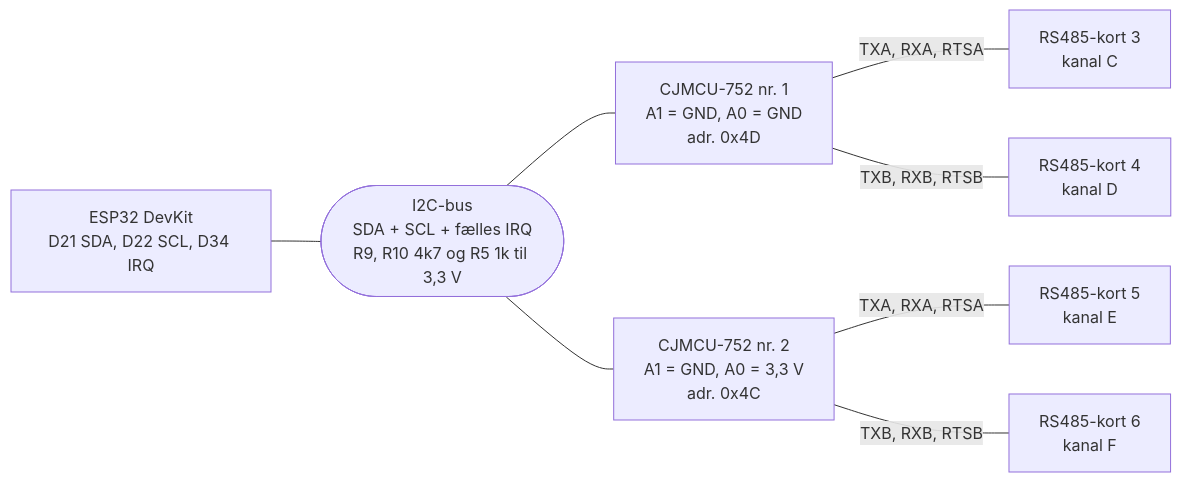
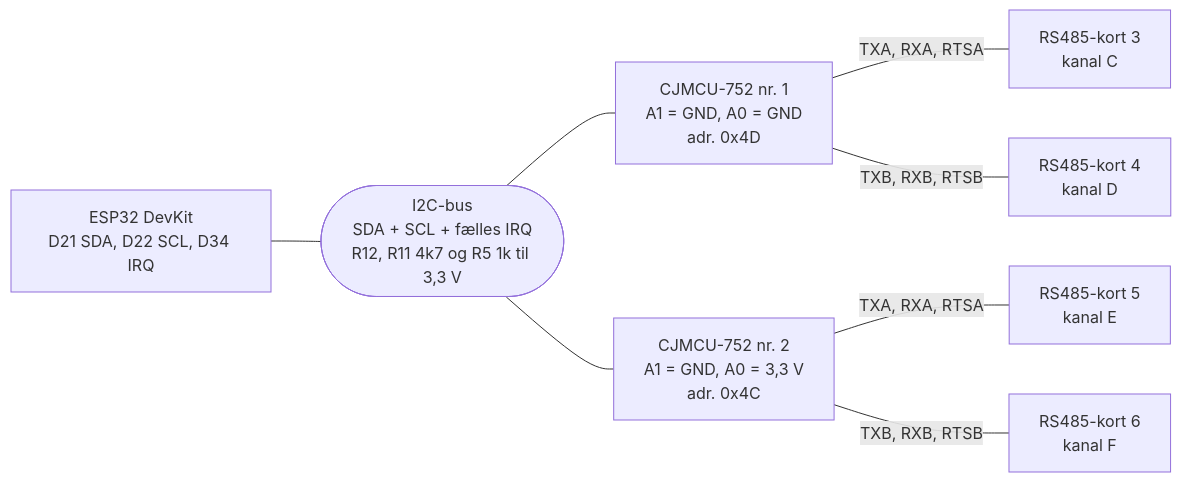
The diagram in docs/ESP32_FLERE_CJMCU752_KOBLING.md (Jangreenlarsen/HypervisionPLC-Extension-board), drawn with Mermaid before and after one commit. The commit also changed other lines of this file and 5 other files, not shown here.

Commit message:
docs: variant 3 (6 kanaler, to CJMCU-752) i hoved-kablingsdiagrammet, R11/R12 og krydslinks

````diff
--- a/docs/ESP32_FLERE_CJMCU752_KOBLING.md
+++ b/docs/ESP32_FLERE_CJMCU752_KOBLING.md
@@ -5,19 +5,19 @@
 ```mermaid
 flowchart LR
     ESP["ESP32 DevKit<br/>D21 SDA, D22 SCL, D34 IRQ"]
-    BUS(["I2C-bus<br/>SDA + SCL + fælles IRQ<br/>R9, R10 4k7 og R5 1k til 3,3 V"])
+    BUS(["I2C-bus<br/>SDA + SCL + fælles IRQ<br/>R12, R11 4k7 og R5 1k til 3,3 V"])
     M1["CJMCU-752 nr. 1<br/>A1 = GND, A0 = GND<br/>adr. 0x4D"]
     M2["CJMCU-752 nr. 2<br/>A1 = GND, A0 = 3,3 V<br/>adr. 0x4C"]
     R3["RS485-kort 3<br/>kanal C"]
     R4["RS485-kort 4<br/>kanal D"]
     R5["RS485-kort 5<br/>kanal E"]
     R6["RS485-kort 6<br/>kanal F"]
 
     ESP --- BUS
     BUS --- M1
     BUS --- M2
     M1 ---|"TXA, RXA, RTSA"| R3
     M1 ---|"TXB, RXB, RTSB"| R4
     M2 ---|"TXA, RXA, RTSA"| R5
     M2 ---|"TXB, RXB, RTSB"| R6
 ```
````
